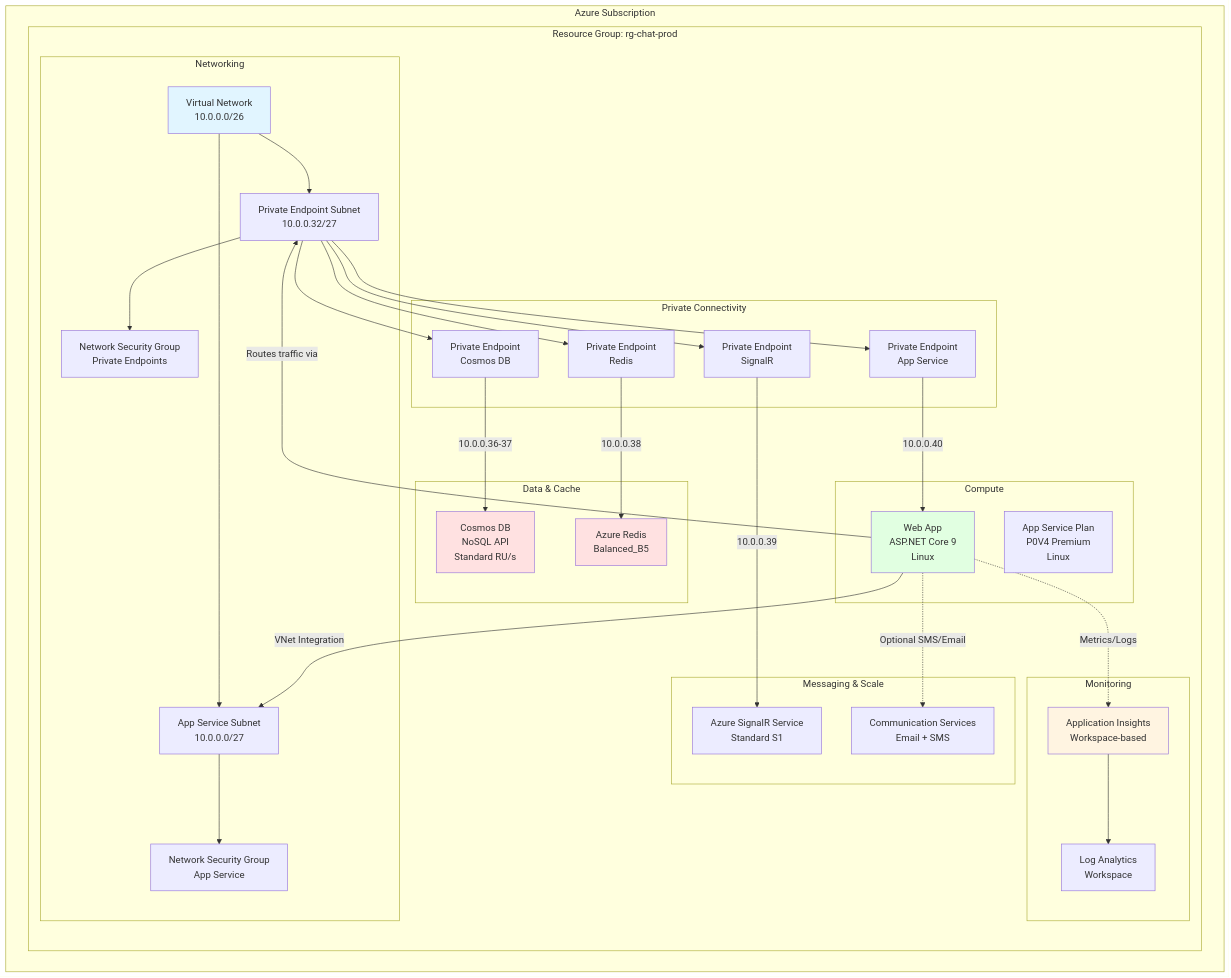
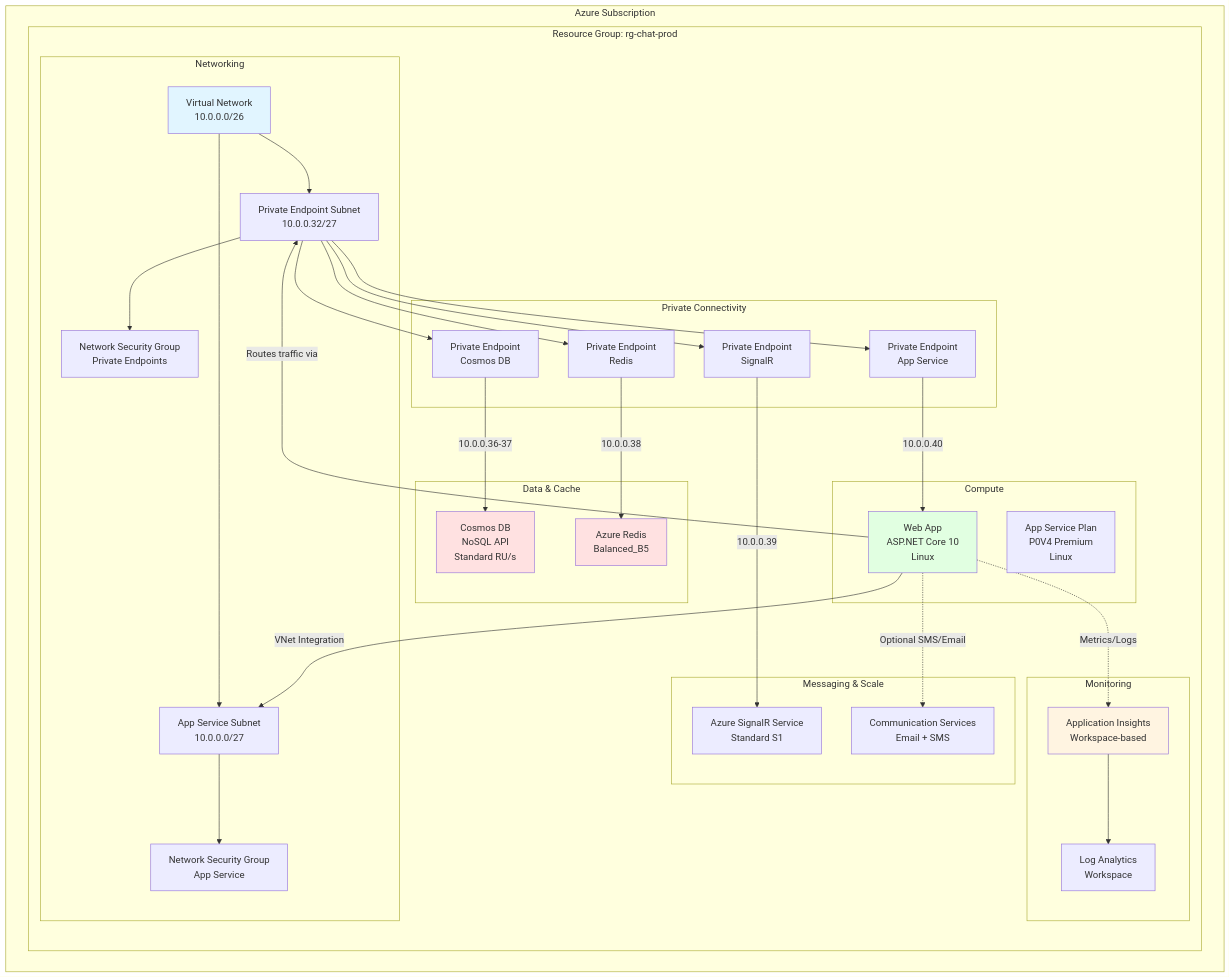
Before and after one commit to smereczynski/SignalR-Chat: the fifth of 6 diagrams in docs/architecture/overview.md, drawn with Mermaid. The commit also changed other lines of this file and 19 other files, not shown here.

````diff
--- a/docs/architecture/overview.md
+++ b/docs/architecture/overview.md
@@ -202,69 +202,69 @@
 ```mermaid
 graph TB
     subgraph "Azure Subscription"
         subgraph "Resource Group: rg-chat-prod"
             subgraph "Networking"
                 VNet[Virtual Network<br/>10.0.0.0/26]
                 AppSubnet[App Service Subnet<br/>10.0.0.0/27]
                 PESubnet[Private Endpoint Subnet<br/>10.0.0.32/27]
                 NSG1[Network Security Group<br/>App Service]
                 NSG2[Network Security Group<br/>Private Endpoints]
             end
             
             subgraph "Compute"
                 AppPlan[App Service Plan<br/>P0V4 Premium<br/>Linux]
-                WebApp[Web App<br/>ASP.NET Core 9<br/>Linux]
+                WebApp[Web App<br/>ASP.NET Core 10<br/>Linux]
             end
             
             subgraph "Data & Cache"
                 Cosmos[Cosmos DB<br/>NoSQL API<br/>Standard RU/s]
                 RedisCache[Azure Redis<br/>Balanced_B5]
             end
             
             subgraph "Messaging & Scale"
                 SignalR[Azure SignalR Service<br/>Standard S1]
                 CommSvc[Communication Services<br/>Email + SMS]
             end
             
             subgraph "Monitoring"
                 LogAnalytics[Log Analytics<br/>Workspace]
                 AppInsights[Application Insights<br/>Workspace-based]
             end
             
             subgraph "Private Connectivity"
                 PE_Cosmos[Private Endpoint<br/>Cosmos DB]
                 PE_Redis[Private Endpoint<br/>Redis]
                 PE_SignalR[Private Endpoint<br/>SignalR]
                 PE_App[Private Endpoint<br/>App Service]
             end
         end
     end
     
     VNet --> AppSubnet
     VNet --> PESubnet
     AppSubnet --> NSG1
     PESubnet --> NSG2
     
     WebApp -->|VNet Integration| AppSubnet
     WebApp -->|Routes traffic via| PESubnet
     
     PE_Cosmos -->|10.0.0.36-37| Cosmos
     PE_Redis -->|10.0.0.38| RedisCache
     PE_SignalR -->|10.0.0.39| SignalR
     PE_App -->|10.0.0.40| WebApp
     
     PESubnet --> PE_Cosmos
     PESubnet --> PE_Redis
     PESubnet --> PE_SignalR
     PESubnet --> PE_App
     
     WebApp -.->|Metrics/Logs| AppInsights
     AppInsights --> LogAnalytics
     WebApp -.->|Optional SMS/Email| CommSvc
     
     style VNet fill:#e1f5ff
     style Cosmos fill:#ffe1e1
     style RedisCache fill:#ffe1e1
     style WebApp fill:#e1ffe1
     style AppInsights fill:#fff4e1
 ```
````
